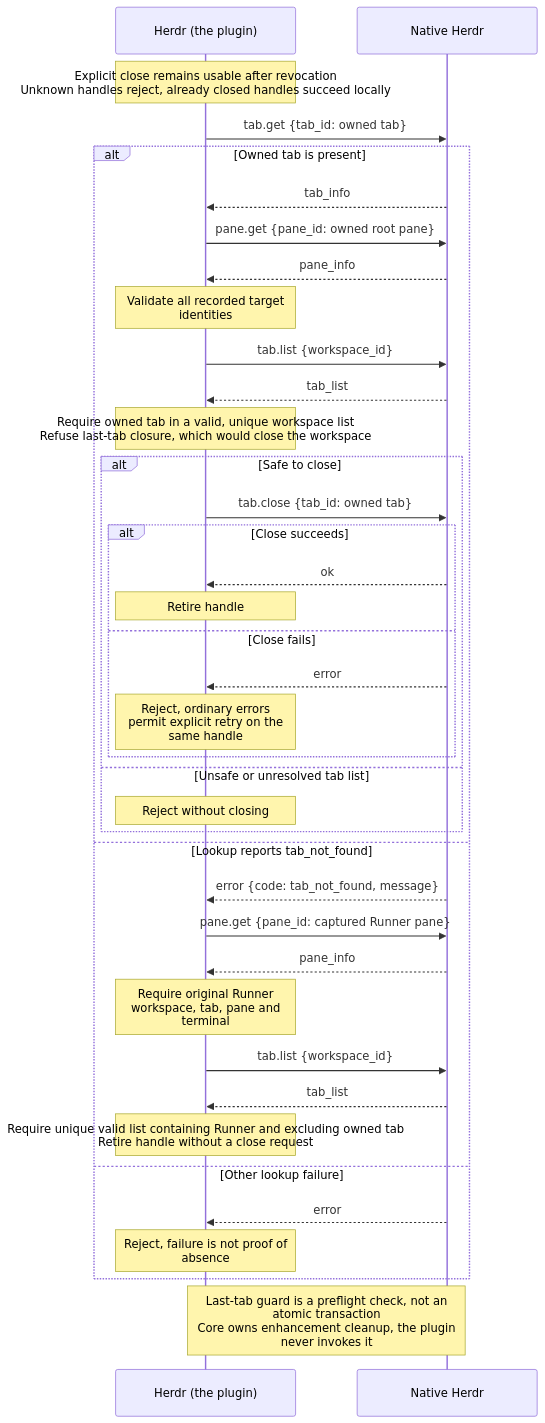
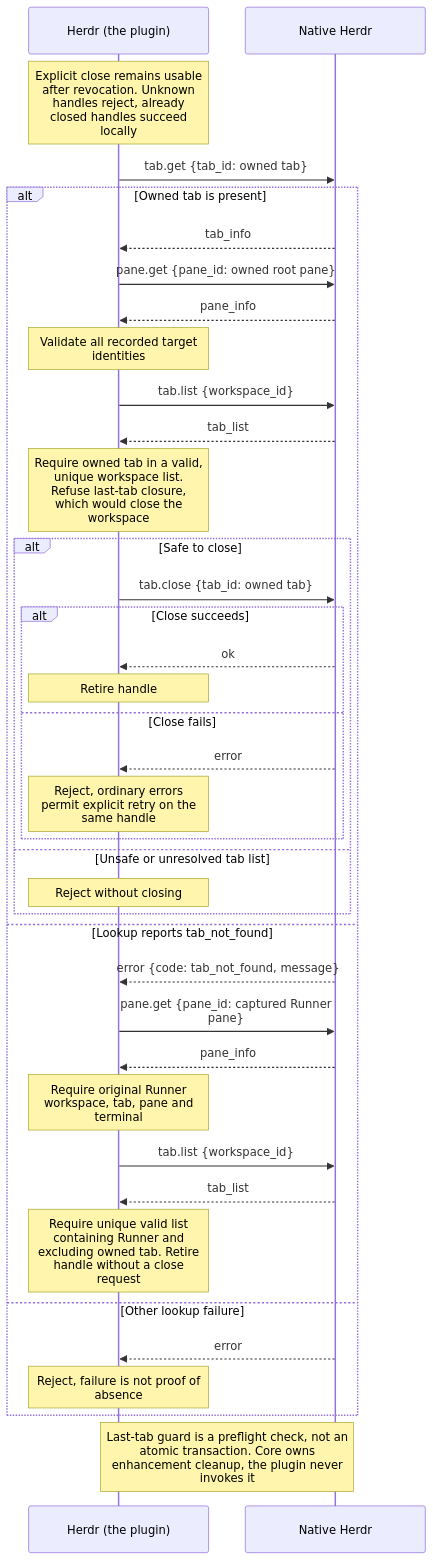
Before and after one commit to BuddyLabsCo/issue-runner-herdr: the third of 4 diagrams in docs/herdr-protocol.md, drawn with Mermaid. The commit also changed other lines of this file, not shown here.

Commit message:
docs: [issue-48] prevent clipping in protocol sequences

````diff
--- a/docs/herdr-protocol.md
+++ b/docs/herdr-protocol.md
@@ -90,41 +90,41 @@
 ```mermaid
 %%{init: {"sequence": {"width": 250, "wrap": true}}}%%
 sequenceDiagram
     participant H as Herdr (the plugin)
     participant N as Native Herdr
-    Note over H: Explicit close remains usable after revocation<br/>Unknown handles reject, already closed handles succeed locally
+    Note over H: Explicit close remains usable after revocation. Unknown handles reject, already closed handles succeed locally
     H->>N: tab.get {tab_id: owned tab}
     alt Owned tab is present
         N-->>H: tab_info
         H->>N: pane.get {pane_id: owned root pane}
         N-->>H: pane_info
         Note over H: Validate all recorded target identities
         H->>N: tab.list {workspace_id}
         N-->>H: tab_list
-        Note over H: Require owned tab in a valid, unique workspace list<br/>Refuse last-tab closure, which would close the workspace
+        Note over H: Require owned tab in a valid, unique workspace list. Refuse last-tab closure, which would close the workspace
         alt Safe to close
             H->>N: tab.close {tab_id: owned tab}
             alt Close succeeds
                 N-->>H: ok
                 Note over H: Retire handle
             else Close fails
                 N-->>H: error
                 Note over H: Reject, ordinary errors permit explicit retry on the same handle
             end
         else Unsafe or unresolved tab list
             Note over H: Reject without closing
         end
     else Lookup reports tab_not_found
         N-->>H: error {code: tab_not_found, message}
         H->>N: pane.get {pane_id: captured Runner pane}
         N-->>H: pane_info
         Note over H: Require original Runner workspace, tab, pane and terminal
         H->>N: tab.list {workspace_id}
         N-->>H: tab_list
-        Note over H: Require unique valid list containing Runner and excluding owned tab<br/>Retire handle without a close request
+        Note over H: Require unique valid list containing Runner and excluding owned tab. Retire handle without a close request
     else Other lookup failure
         N-->>H: error
         Note over H: Reject, failure is not proof of absence
     end
-    Note over H,N: Last-tab guard is a preflight check, not an atomic transaction<br/>Core owns enhancement cleanup, the plugin never invokes it
+    Note over H,N: Last-tab guard is a preflight check, not an atomic transaction. Core owns enhancement cleanup, the plugin never invokes it
 ```
````
